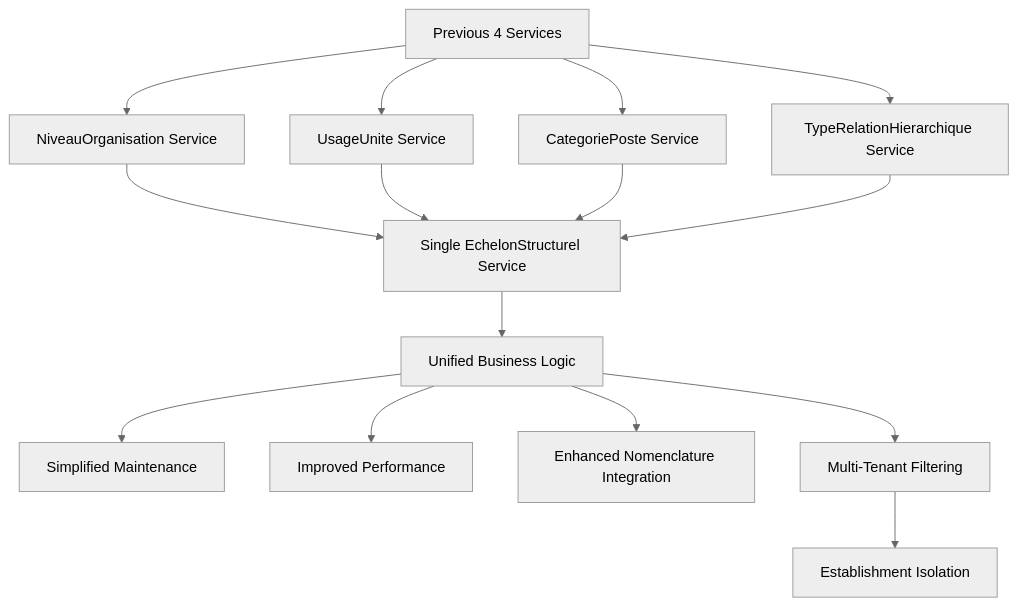
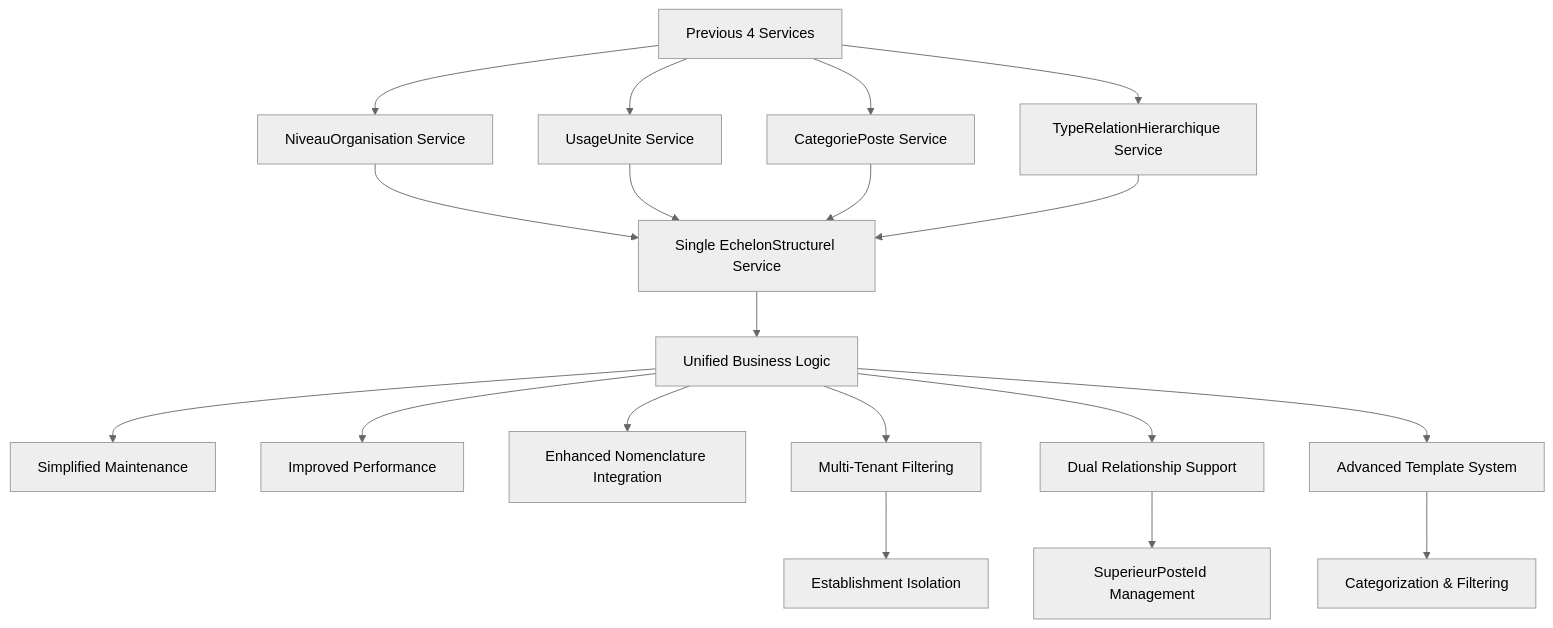
One commit to franckylab/eLISAschool changed the sixth of 12 diagrams in .qoder/repowiki/en/content/Human Resources Management/Personnel Administration/Organizational Structure.md. Above: the diagram before and after it, drawn with Mermaid (neutral theme). The commit also changed other lines of this file and 21 other files, not shown here.

````diff
--- a/.qoder/repowiki/en/content/Human Resources Management/Personnel Administration/Organizational Structure.md
+++ b/.qoder/repowiki/en/content/Human Resources Management/Personnel Administration/Organizational Structure.md
@@ -277,17 +416,21 @@
 ```mermaid
 flowchart TD
 A["Previous 4 Services"] --> B["NiveauOrganisation Service"]
 A --> C["UsageUnite Service"]
 A --> D["CategoriePoste Service"]
 A --> E["TypeRelationHierarchique Service"]
 B --> F["Single EchelonStructurel Service"]
 C --> F
 D --> F
 E --> F
 F --> G["Unified Business Logic"]
 G --> H["Simplified Maintenance"]
 G --> I["Improved Performance"]
 G --> J["Enhanced Nomenclature Integration"]
 G --> K["Multi-Tenant Filtering"]
-K --> L["Establishment Isolation"]
+G --> L["Dual Relationship Support"]
+G --> M["Advanced Template System"]
+K --> N["Establishment Isolation"]
+L --> O["SuperieurPosteId Management"]
+M --> P["Categorization & Filtering"]
 ```
````
